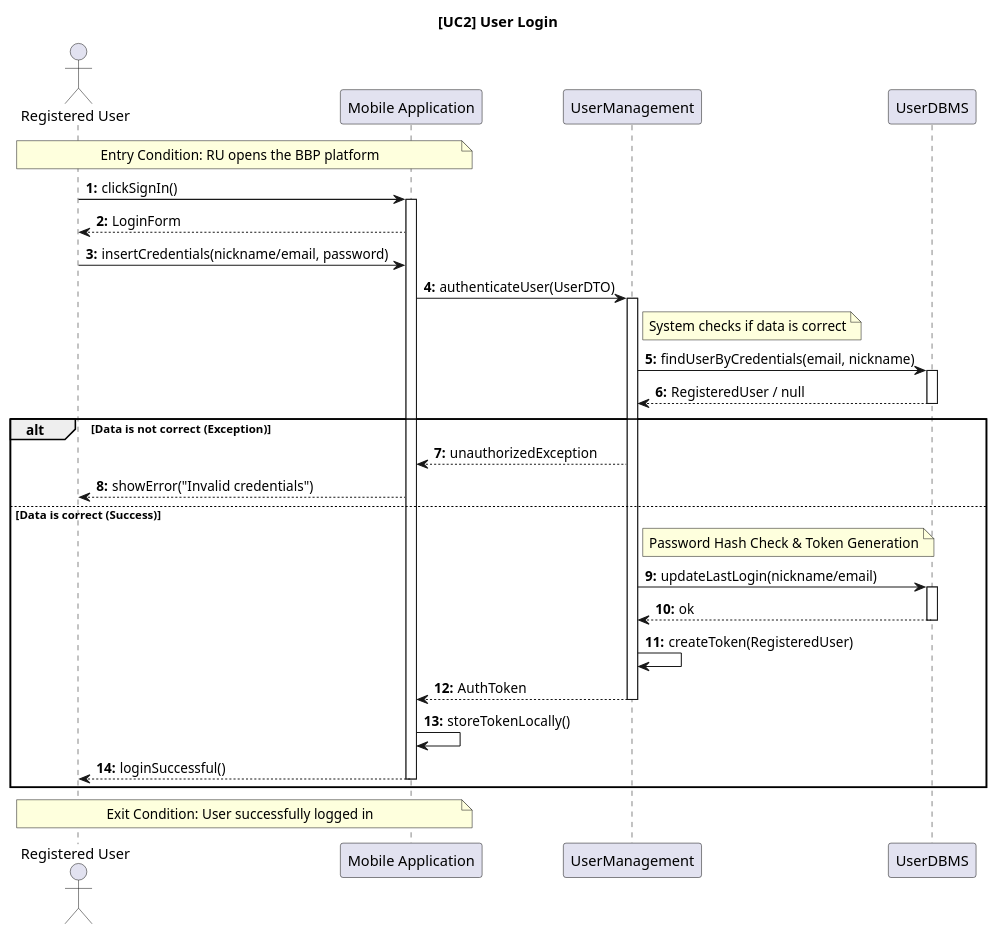
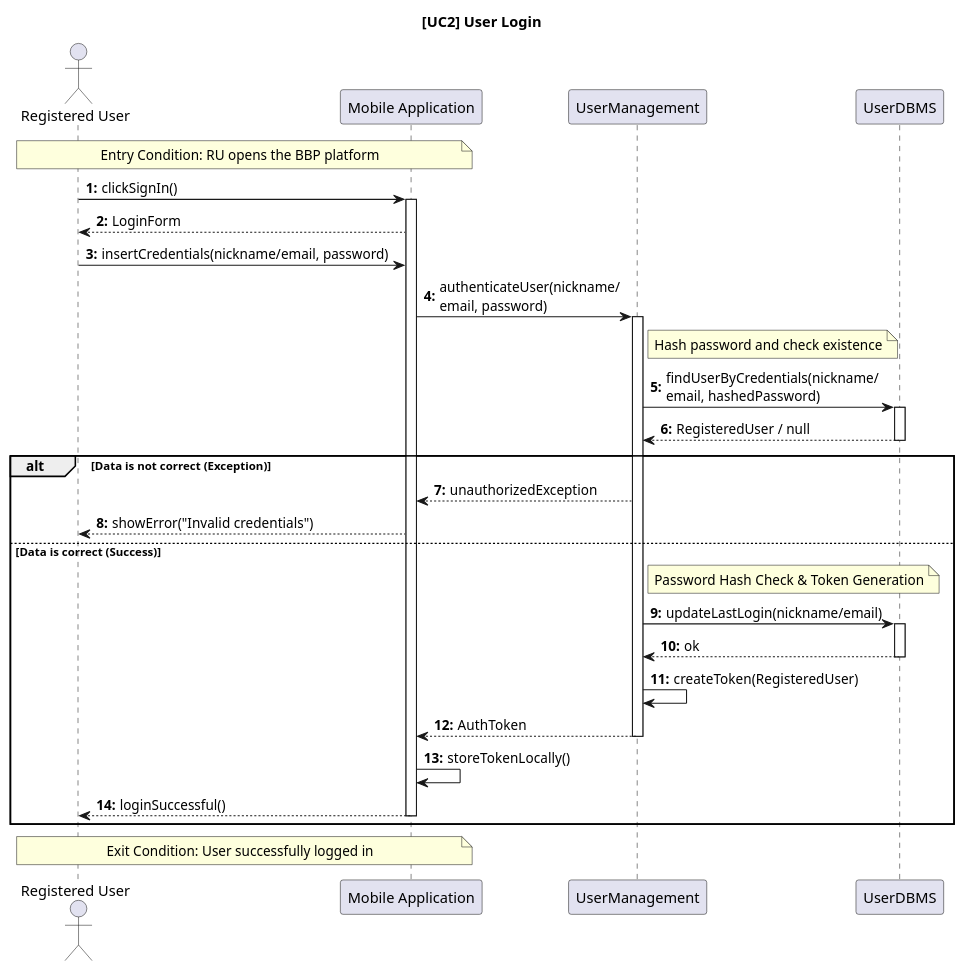
The diagram in DD/sequencediagrams/usecase2.puml (ilevinci/RubinoUvinsiVinciguerra), drawn with PlantUML before and after one commit. The commit also changed 5 other files, not shown here.

Commit message:
further refinement of sequence diagrams

```diff
--- a/DD/sequencediagrams/usecase2.puml
+++ b/DD/sequencediagrams/usecase2.puml
@@ -1,62 +1,62 @@
 @startuml UC2_UserLogin_Design
 autonumber "<b>0:"
 title [UC2] User Login 
 
 actor "Registered User" as RU
 participant "Mobile Application" as Client
 participant "UserManagement" as Auth
 participant "UserDBMS" as DB
 
 'entry condition
 note over RU, Client: Entry Condition: RU opens the BBP platform
 
 RU -> Client: clickSignIn()
 activate Client
 
 Client --> RU: LoginForm
 
 ' Steps (a) and (b): Insertion of credentials
 RU -> Client: insertCredentials(nickname/email, password)
 
-Client -> Auth: authenticateUser(UserDTO)
+Client -> Auth: authenticateUser(nickname/\nemail, password)
 activate Auth
 
 ' Step (c): Verification
 ' Il sistema verifica i dati interrogando il DB
-note right of Auth: System checks if data is correct
-Auth -> DB: findUserByCredentials(email, nickname)
+note right of Auth: Hash password and check existence
+Auth -> DB: findUserByCredentials(nickname/\nemail, hashedPassword)
 activate DB
 DB --> Auth: RegisteredUser / null
 deactivate DB
 
 ' Logic: Alternative paths
 alt Data is not correct (Exception)
     ' Return 401 Unauthorized
     Auth --> Client: unauthorizedException
     Client --> RU: showError("Invalid credentials")
 
 else Data is correct (Success)
     ' Logica interna di autenticazione (Hash check & Token generation)
     note right of Auth: Password Hash Check & Token Generation
     
     ' Aggiornamento stato (opzionale ma raccomandato)
     Auth -> DB: updateLastLogin(nickname/email)
     activate DB
     DB --> Auth: ok
     deactivate DB
 
     ' Risposta con Token di sessione
     Auth -> Auth: createToken(RegisteredUser)
     Auth --> Client: AuthToken
     deactivate Auth
     
     ' Gestione lato client
     Client -> Client: storeTokenLocally()
     Client --> RU: loginSuccessful()
     deactivate Client
 end
 
 'exit condition
 note over RU, Client: Exit Condition: User successfully logged in
 
 @enduml
```
